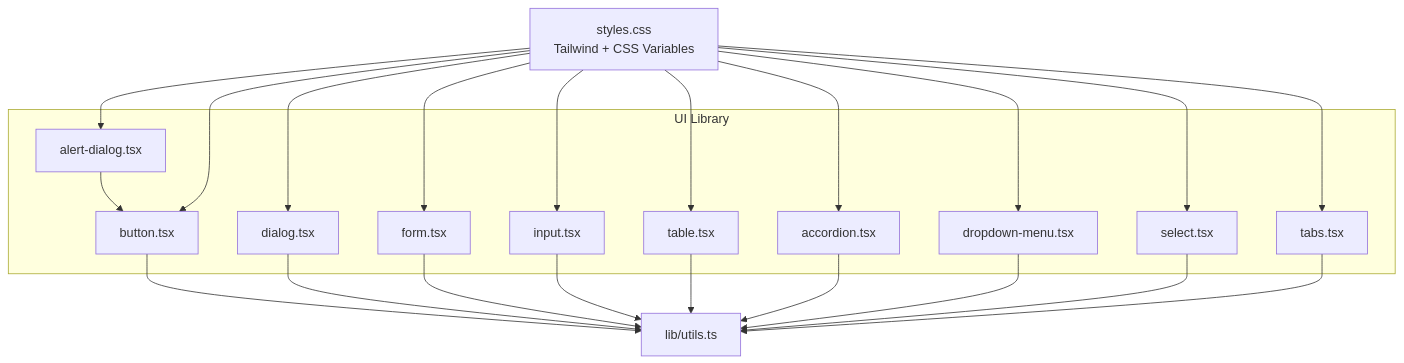
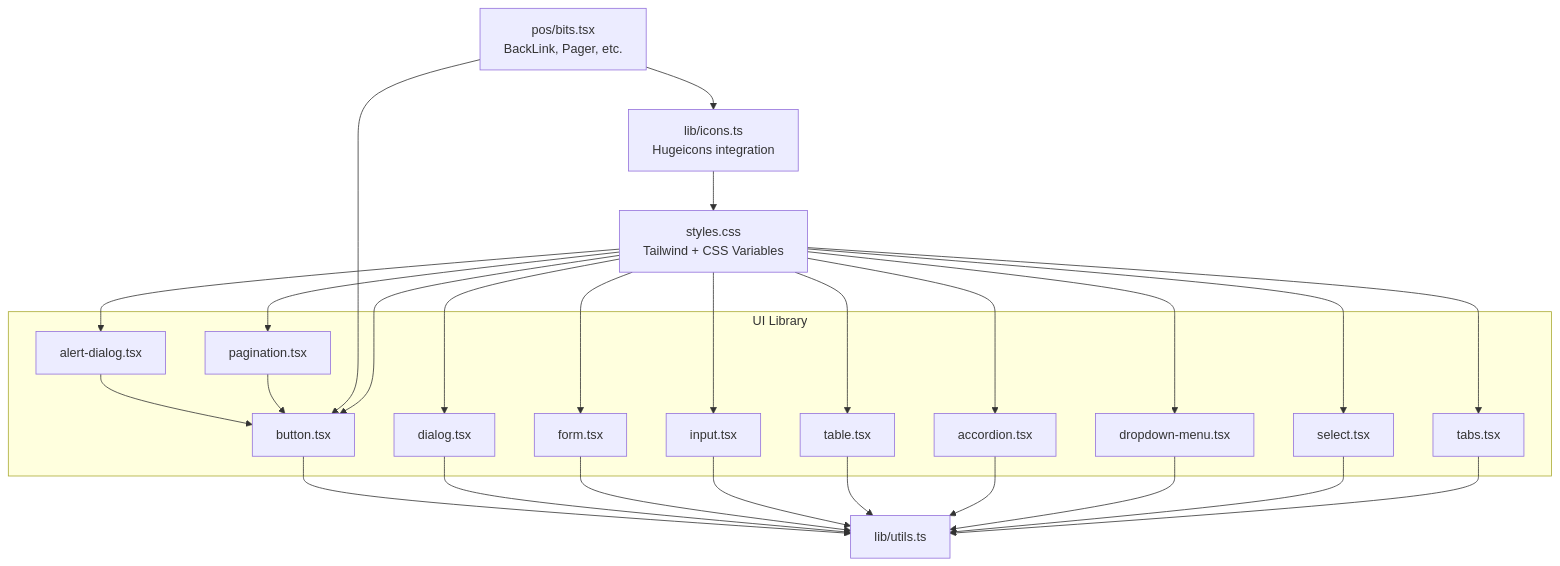
One commit to themclloyd/storq changed the first of 3 diagrams in .qoder/repowiki/en/content/UI Component Library.md. Above: the diagram before and after it, drawn with Mermaid. The commit also changed other lines of this file and 45 other files, not shown here.

First line of the commit message:
feat(database): enhance POS schema with security and retail operations

````diff
--- a/.qoder/repowiki/en/content/UI Component Library.md
+++ b/.qoder/repowiki/en/content/UI Component Library.md
@@ -45,37 +59,45 @@
 ```mermaid
 graph TB
 subgraph "UI Library"
 Button["button.tsx"]
 Dialog["dialog.tsx"]
 AlertDialog["alert-dialog.tsx"]
 Form["form.tsx"]
 Input["input.tsx"]
 Table["table.tsx"]
 Accordion["accordion.tsx"]
 Dropdown["dropdown-menu.tsx"]
 Select["select.tsx"]
 Tabs["tabs.tsx"]
+Pagination["pagination.tsx"]
 end
+POSComponents["pos/bits.tsx<br/>BackLink, Pager, etc."]
 Utils["lib/utils.ts"]
+Icons["lib/icons.ts<br/>Hugeicons integration"]
 Theme["styles.css<br/>Tailwind + CSS Variables"]
 Button --> Utils
 Dialog --> Utils
 AlertDialog --> Button
 Form --> Utils
 Input --> Utils
 Table --> Utils
 Accordion --> Utils
 Dropdown --> Utils
 Select --> Utils
 Tabs --> Utils
+Pagination --> Button
+POSComponents --> Button
+POSComponents --> Icons
+Icons --> Theme
 Theme --> Button
 Theme --> Dialog
 Theme --> AlertDialog
 Theme --> Form
 Theme --> Input
 Theme --> Table
 Theme --> Accordion
 Theme --> Dropdown
 Theme --> Select
 Theme --> Tabs
+Theme --> Pagination
 ```
````
